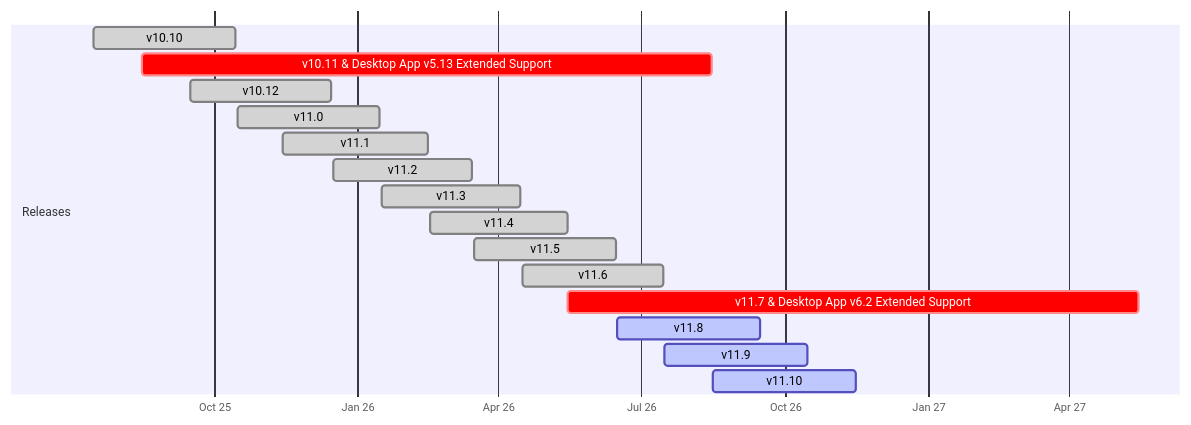
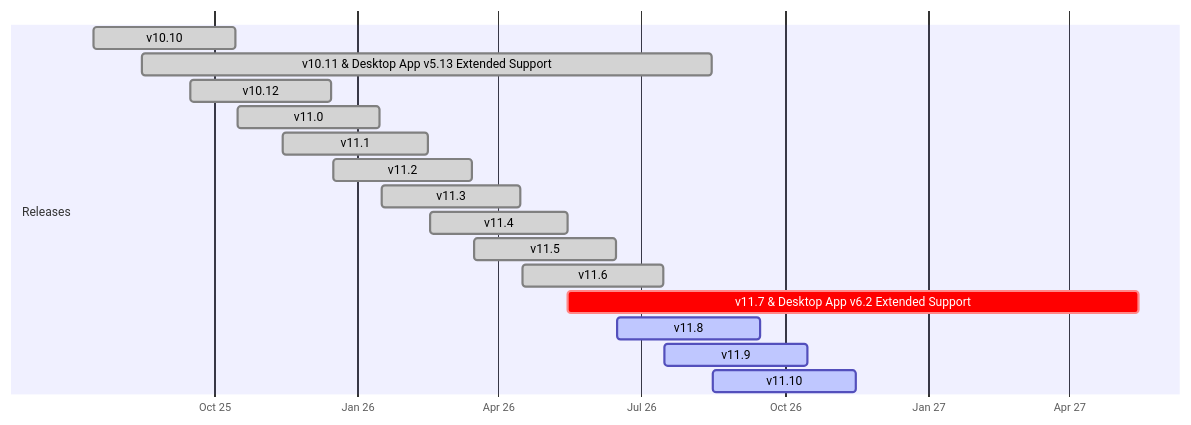
One commit to mattermost/docs changed the diagram in source/product-overview/release-policy.md. Above: the diagram before and after it, drawn with Mermaid. The commit also changed other lines of this file and 3 other files, not shown here.

````diff
--- a/source/product-overview/release-policy.md
+++ b/source/product-overview/release-policy.md
@@ -44,22 +44,22 @@
 ```{mermaid}
 
 gantt
     dateFormat  YYYY-MM-DD
     axisFormat  %b %y
 
     section Releases
     v10.10                 :done, 2025-07-16, 2025-10-15
-    v10.11 & Desktop App v5.13 Extended Support :crit,    2025-08-16, 2026-08-15
+    v10.11 & Desktop App v5.13 Extended Support :done,    2025-08-16, 2026-08-15
     v10.12                 :done, 2025-09-16, 2025-12-15
     v11.0                  :done, 2025-10-16, 2026-01-15
     v11.1                  :done, 2025-11-14, 2026-02-15
     v11.2                  :done, 2025-12-16, 2026-03-15
     v11.3                  :done, 2026-01-16, 2026-04-15
     v11.4                  :done, 2026-02-16, 2026-05-15
     v11.5                  :done, 2026-03-16, 2026-06-15
     v11.6                  :done, 2026-04-16, 2026-07-15
     v11.7 & Desktop App v6.2 Extended Support :crit,    2026-05-15, 2027-05-15
     v11.8                  :active, 2026-06-16, 2026-09-15
     v11.9                  :active, 2026-07-16, 2026-10-15
     v11.10                 :active, 2026-08-16, 2026-11-15
 ```
````
